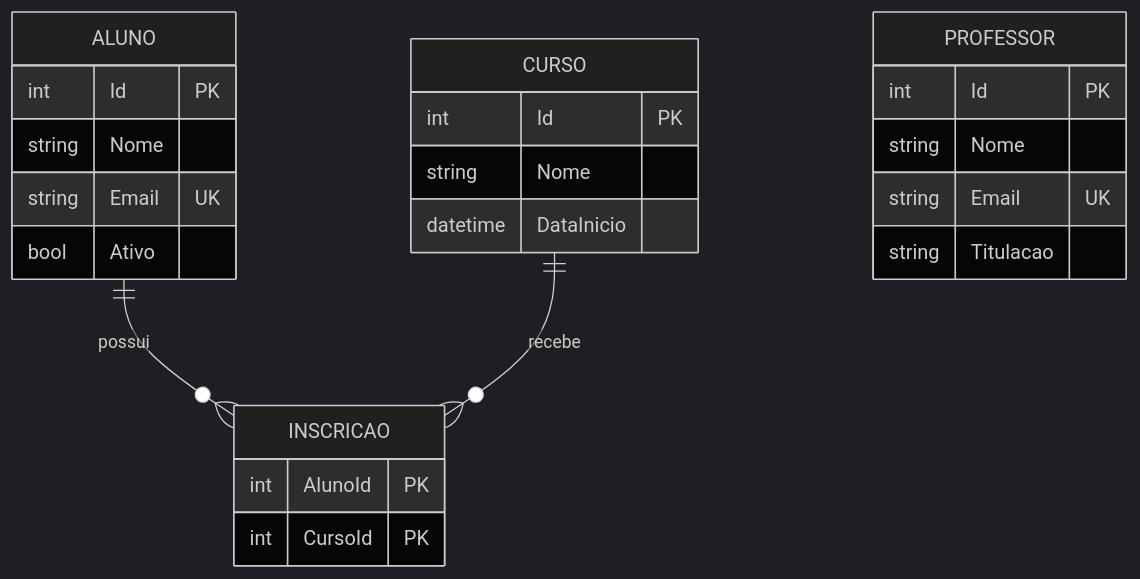
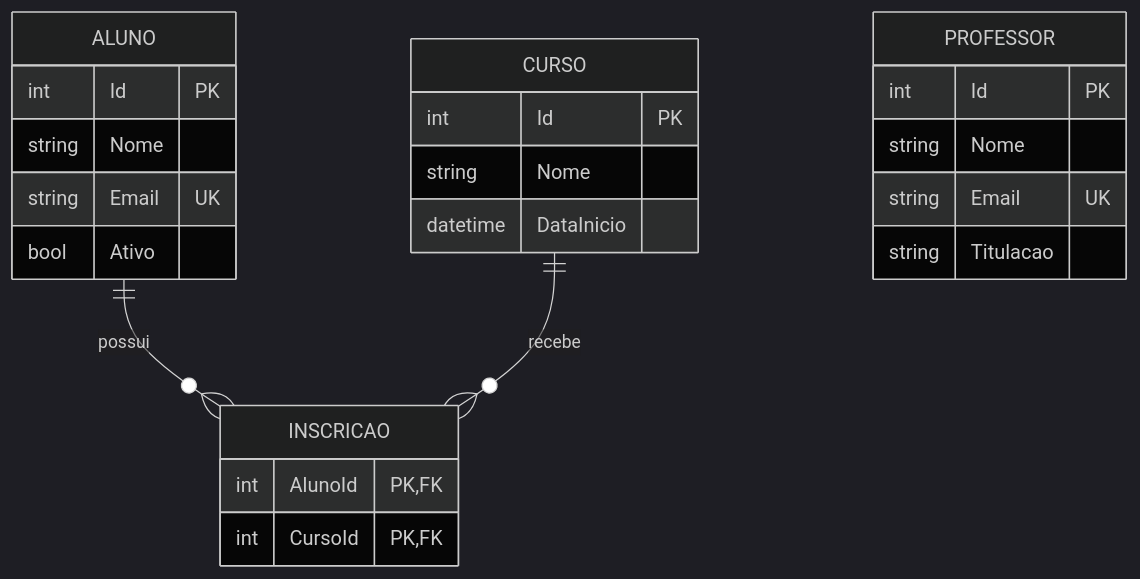
One commit to marcelobastoni/EscolaTI changed the diagram in README.md. Above: the diagram before and after it, drawn with Mermaid (dark theme).

Commit message:
Ajusta o diagrama do README para a sintaxe padrão do Mermaid

````diff
--- a/README.md
+++ b/README.md
@@ -47,18 +47,26 @@
 ```mermaid
 erDiagram
     ALUNO ||--o{ INSCRICAO : possui
     CURSO ||--o{ INSCRICAO : recebe
-    ALUNO { int Id PK
-            string Nome
-            string Email UK
-            bool Ativo }
-    CURSO { int Id PK
-            string Nome
-            datetime DataInicio }
-    INSCRICAO { int AlunoId PK
-                int CursoId PK }
-    PROFESSOR { int Id PK
-                string Nome
-                string Email UK
-                string Titulacao }
+    ALUNO {
+        int Id PK
+        string Nome
+        string Email UK
+        bool Ativo
+    }
+    CURSO {
+        int Id PK
+        string Nome
+        datetime DataInicio
+    }
+    INSCRICAO {
+        int AlunoId PK, FK
+        int CursoId PK, FK
+    }
+    PROFESSOR {
+        int Id PK
+        string Nome
+        string Email UK
+        string Titulacao
+    }
 ```
````
